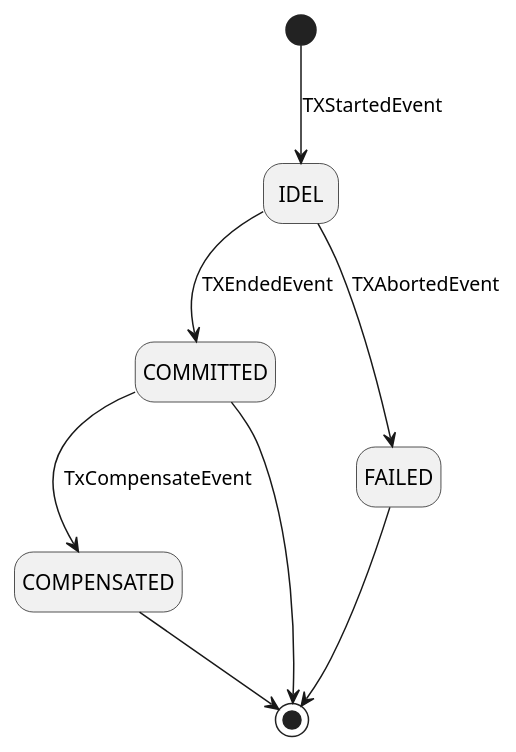
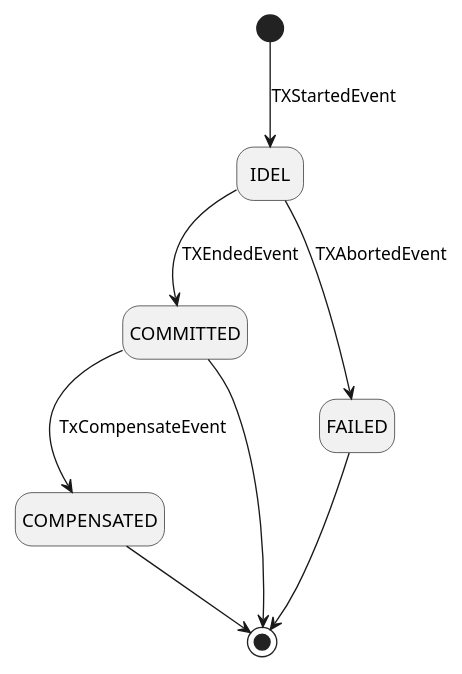
One commit to coolbeevip/playground changed the diagram in state_machine_demo/saga-akkafsm/plantuml/tx-state-diagram.puml. Above: the diagram before and after it, drawn with PlantUML. The commit also changed 2 other files, not shown here.

```diff
--- a/state_machine_demo/saga-akkafsm/plantuml/tx-state-diagram.puml
+++ b/state_machine_demo/saga-akkafsm/plantuml/tx-state-diagram.puml
@@ -1,12 +1,13 @@
 @startuml
+scale 300 width
 hide empty description
 
 [*] --> IDEL : TXStartedEvent
 IDEL --> COMMITTED : TXEndedEvent
 IDEL --> FAILED : TXAbortedEvent
 COMMITTED --> COMPENSATED : TxCompensateEvent
 COMMITTED --> [*]
 FAILED --> [*]
 COMPENSATED --> [*]
 
 @enduml
```
